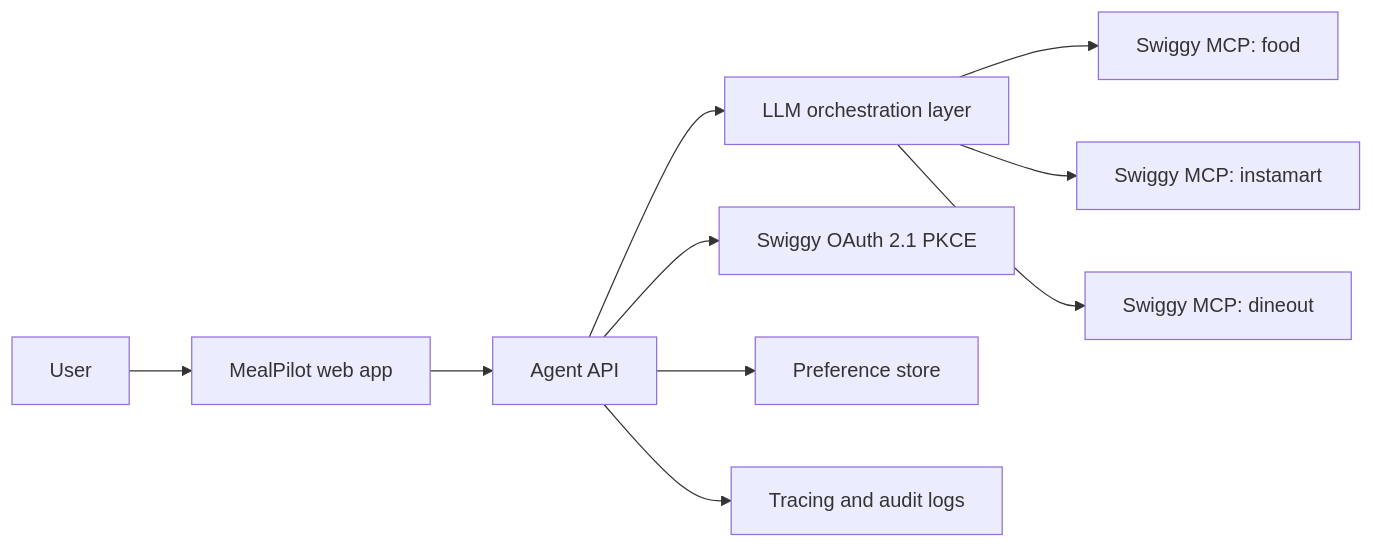
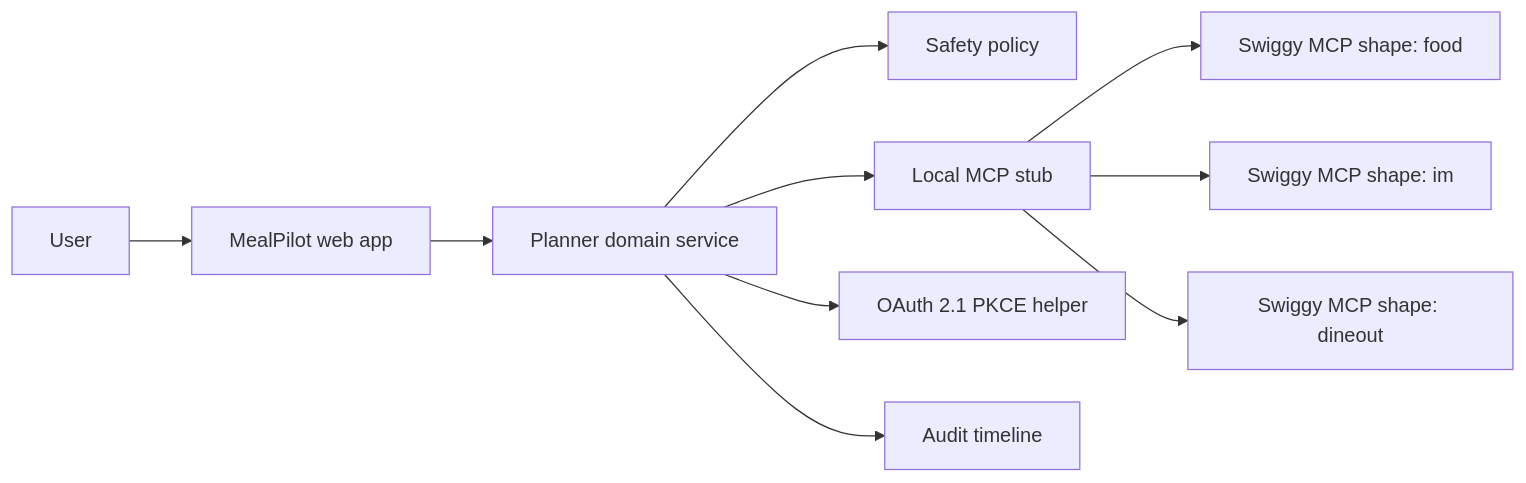
The diagram in docs/architecture.md (Farhankhan0128/MealPilot), drawn with Mermaid before and after one commit. The commit also changed other lines of this file and 27 other files, not shown here.

````diff
--- a/docs/architecture.md
+++ b/docs/architecture.md
@@ -7,12 +7,12 @@
 ```mermaid
 flowchart LR
   U["User"] --> UI["MealPilot web app"]
-  UI --> API["Agent API"]
-  API --> LLM["LLM orchestration layer"]
-  API --> Auth["Swiggy OAuth 2.1 PKCE"]
-  LLM --> Food["Swiggy MCP: food"]
-  LLM --> IM["Swiggy MCP: instamart"]
-  LLM --> Dineout["Swiggy MCP: dineout"]
-  API --> Store["Preference store"]
-  API --> Obs["Tracing and audit logs"]
+  UI --> Planner["Planner domain service"]
+  Planner --> Safety["Safety policy"]
+  Planner --> Mock["Local MCP stub"]
+  Planner --> Auth["OAuth 2.1 PKCE helper"]
+  Mock --> Food["Swiggy MCP shape: food"]
+  Mock --> IM["Swiggy MCP shape: im"]
+  Mock --> Dineout["Swiggy MCP shape: dineout"]
+  Planner --> Obs["Audit timeline"]
 ```
````
